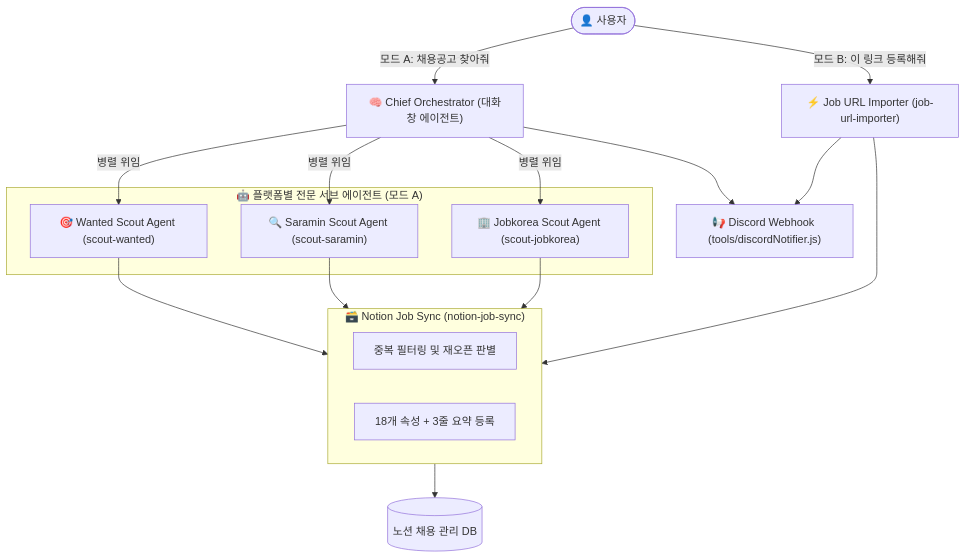
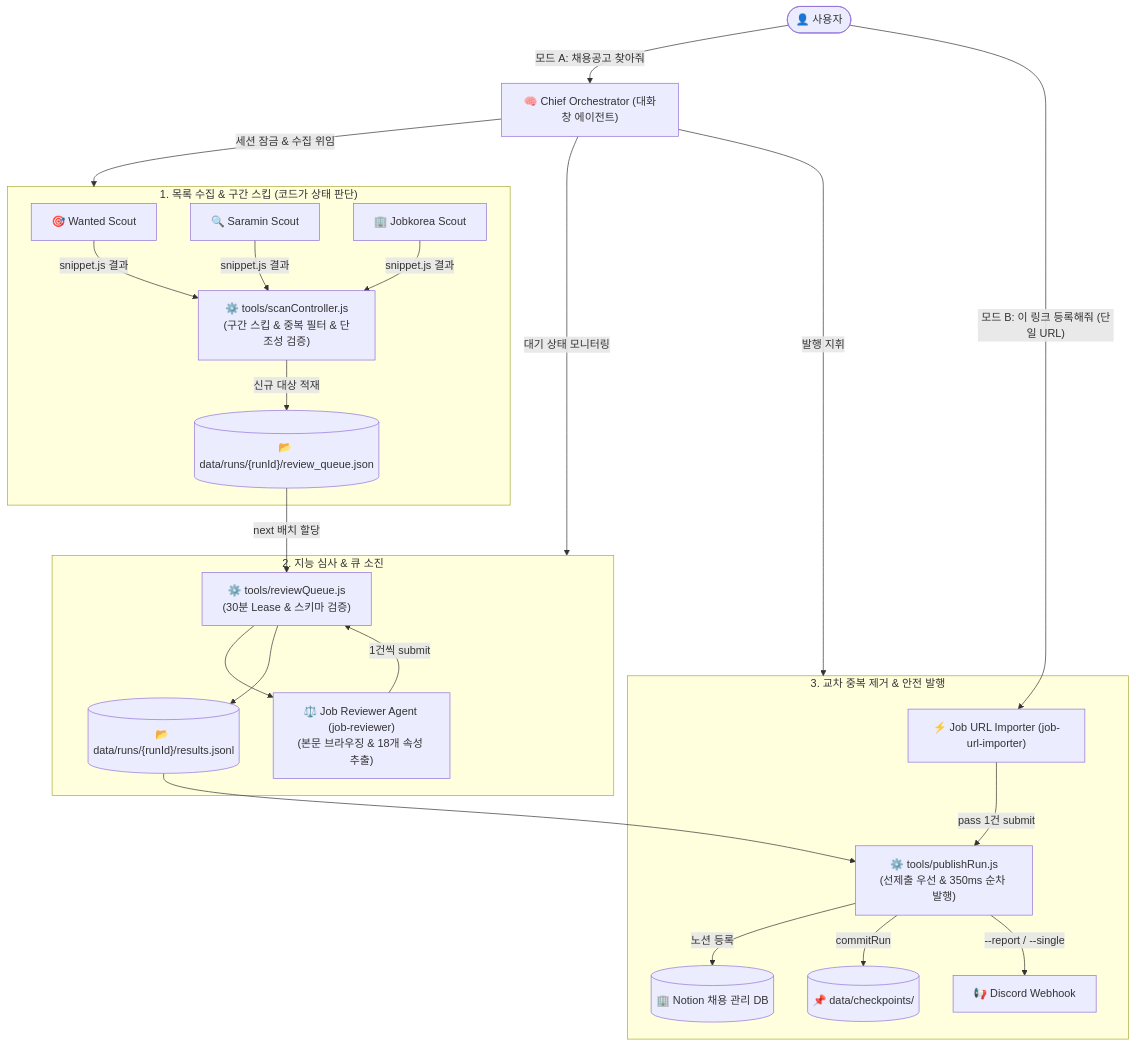
One commit to YeonShin/job-scraping-multi-agent changed the diagram in README.md. Above: the diagram before and after it, drawn with Mermaid. The commit also changed other lines of this file and 9 other files, not shown here.

Commit message:
docs: 파이프라인 규격 문서 및 설계 문서 최신화 - pipeline-spec.md 추가: 공고키, 파일 배치, 스키마, CLI 규격의 단일 원천 - 아키텍처, 에이전트 명세, 브라우징 전략을 수집/심사 분리 구조로 갱신 - 노션 스키마 문서에 공고키 속성과 중복 판정 순서 추가 - 하네스 문서의 재시도, 종료 사유, 체크포인트 규격을 코드에 맞게 정정 - README, AGENTS.md를 8단계 운영 프로토콜 기준으로 갱신

````diff
--- a/README.md
+++ b/README.md
@@ -26,29 +10,44 @@
 ```mermaid
 flowchart TD
     User([👤 사용자]) -->|"모드 A: 채용공고 찾아줘"| Orchestrator["🧠 Chief Orchestrator (대화창 에이전트)"]
-    User -->|"모드 B: 이 링크 등록해줘"| Importer["⚡ Job URL Importer (job-url-importer)"]
+    User -->|"모드 B: 이 링크 등록해줘 (단일 URL)"| Importer["⚡ Job URL Importer (job-url-importer)"]
 
-    subgraph SubAgentFleet ["🤖 플랫폼별 전문 서브 에이전트 (모드 A)"]
-        WantedAgent["🎯 Wanted Scout Agent (scout-wanted)"]
-        SaraminAgent["🔍 Saramin Scout Agent (scout-saramin)"]
-        JobkoreaAgent["🏢 Jobkorea Scout Agent (scout-jobkorea)"]
+    subgraph Phase1 ["1. 목록 수집 & 구간 스킵 (코드가 상태 판단)"]
+        ScoutWanted["🎯 Wanted Scout"]
+        ScoutSaramin["🔍 Saramin Scout"]
+        ScoutJobkorea["🏢 Jobkorea Scout"]
+        ScanCtrl["⚙️ tools/scanController.js<br/>(구간 스킵 & 중복 필터 & 단조성 검증)"]
+        ReviewQueue[("📂 data/runs/{runId}/review_queue.json")]
+
+        ScoutWanted -->|snippet.js 결과| ScanCtrl
+        ScoutSaramin -->|snippet.js 결과| ScanCtrl
+        ScoutJobkorea -->|snippet.js 결과| ScanCtrl
+        ScanCtrl -->|신규 대상 적재| ReviewQueue
     end
 
-    subgraph NotionSync ["🗃️ Notion Job Sync (notion-job-sync)"]
-        DedupeCheck["중복 필터링 및 재오픈 판별"]
-        PageCreator["18개 속성 + 3줄 요약 등록"]
+    subgraph Phase2 ["2. 지능 심사 & 큐 소진"]
+        ReviewerAgent["⚖️ Job Reviewer Agent (job-reviewer)<br/>(본문 브라우징 & 18개 속성 추출)"]
+        ReviewQueueTool["⚙️ tools/reviewQueue.js<br/>(30분 Lease & 스키마 검증)"]
+        ResultsFile[("📂 data/runs/{runId}/results.jsonl")]
+
+        ReviewQueue -->|next 배치 할당| ReviewQueueTool --> ReviewerAgent
+        ReviewerAgent -->|1건씩 submit| ReviewQueueTool --> ResultsFile
     end
 
-    Orchestrator -->|"병렬 위임"| WantedAgent
-    Orchestrator -->|"병렬 위임"| SaraminAgent
-    Orchestrator -->|"병렬 위임"| JobkoreaAgent
+    subgraph Phase3 ["3. 교차 중복 제거 & 안전 발행"]
+        PublishRun["⚙️ tools/publishRun.js<br/>(선제출 우선 & 350ms 순차 발행)"]
+        NotionDB[("🏢 Notion 채용 관리 DB")]
+        Checkpoints[("📌 data/checkpoints/")]
+        Discord["📢 Discord Webhook"]
 
-    WantedAgent --> NotionSync
-    SaraminAgent --> NotionSync
-    JobkoreaAgent --> NotionSync
-    Importer --> NotionSync
+        ResultsFile --> PublishRun
+        Importer -->|pass 1건 submit| PublishRun
+        PublishRun -->|노션 등록| NotionDB
+        PublishRun -->|commitRun| Checkpoints
+        PublishRun -->|--report / --single| Discord
+    end
 
-    NotionSync --> NotionDB[("노션 채용 관리 DB")]
-    Orchestrator --> DiscordReport["📢 Discord Webhook (tools/discordNotifier.js)"]
-    Importer --> DiscordReport
+    Orchestrator -->|세션 잠금 & 수집 위임| Phase1
+    Orchestrator -->|대기 상태 모니터링| Phase2
+    Orchestrator -->|발행 지휘| Phase3
 ```
````
